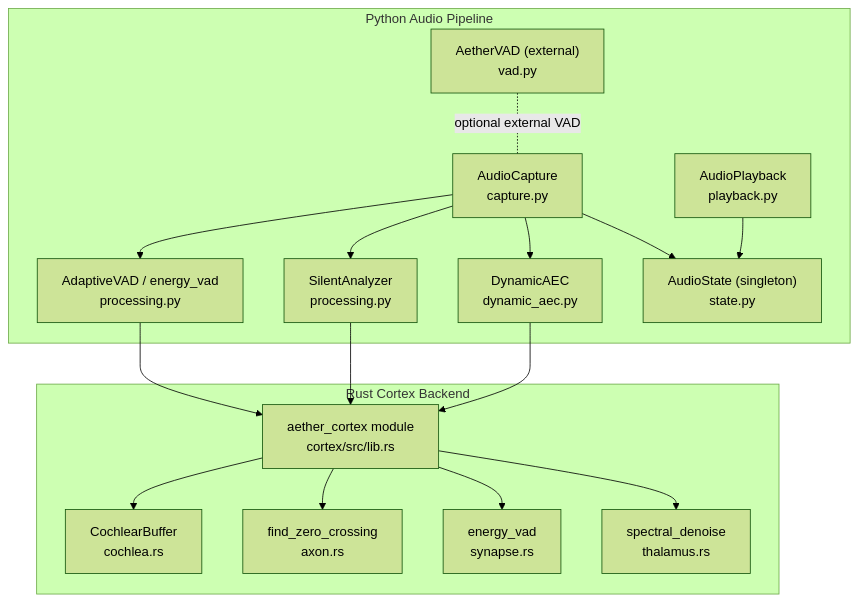
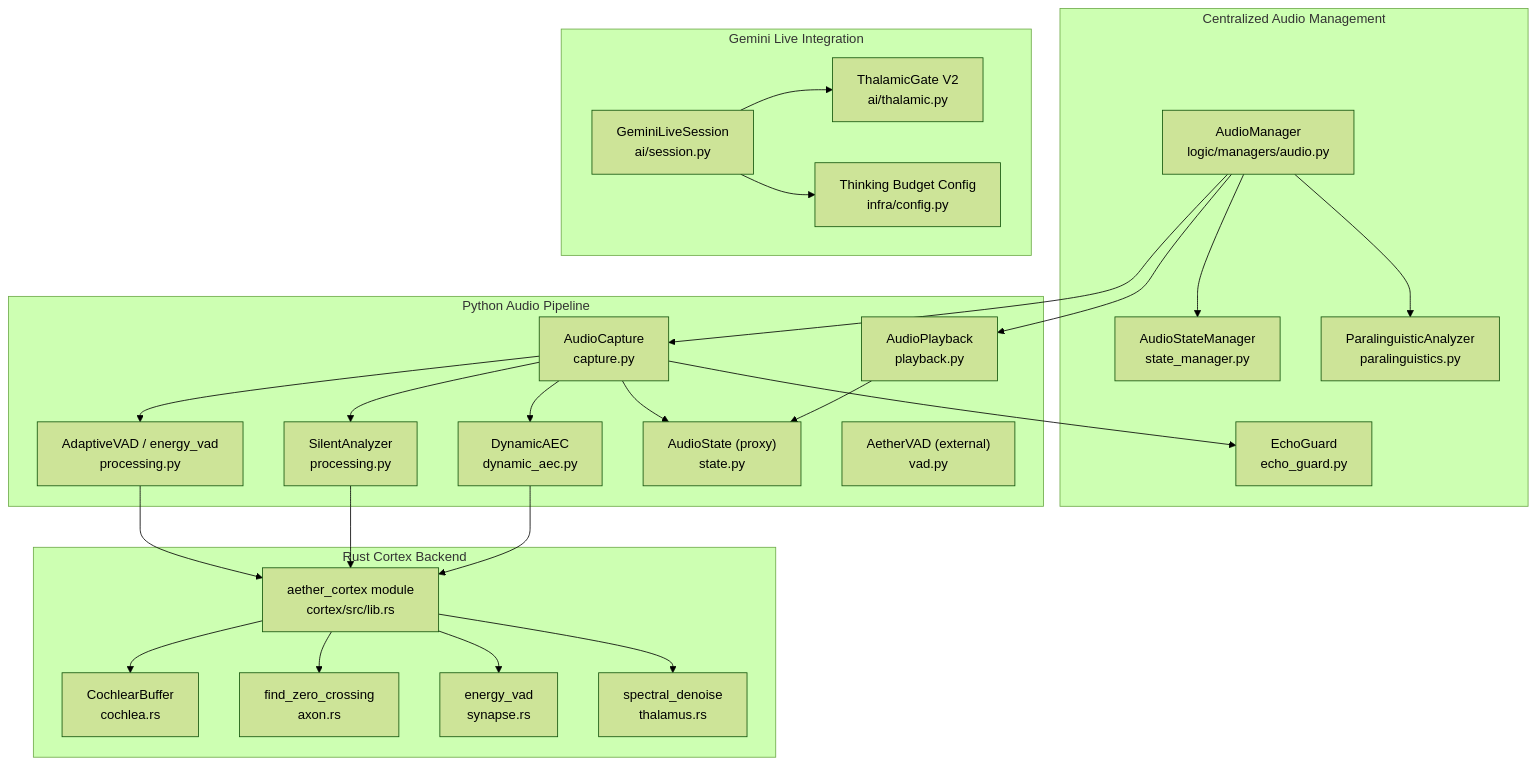
The first of 12 diagrams in .qoder/repowiki/en/content/Audio Processing System/Audio Processing System.md (Moeabdelaziz007/Aether-Voice-OS), drawn with Mermaid (forest theme) before and after one commit. The commit also changed other lines of this file and 29 other files, not shown here.

````diff
--- a/.qoder/repowiki/en/content/Audio Processing System/Audio Processing System.md
+++ b/.qoder/repowiki/en/content/Audio Processing System/Audio Processing System.md
@@ -44,32 +65,49 @@
 ```mermaid
 graph TB
+subgraph "Centralized Audio Management"
+AM["AudioManager<br/>logic/managers/audio.py"]
+ASM["AudioStateManager<br/>state_manager.py"]
+PA["ParalinguisticAnalyzer<br/>paralinguistics.py"]
+END["EchoGuard<br/>echo_guard.py"]
+end
 subgraph "Python Audio Pipeline"
 CAP["AudioCapture<br/>capture.py"]
 VAD["AdaptiveVAD / energy_vad<br/>processing.py"]
 SILENCE["SilentAnalyzer<br/>processing.py"]
 AEC["DynamicAEC<br/>dynamic_aec.py"]
-STATE["AudioState (singleton)<br/>state.py"]
+STATE["AudioState (proxy)<br/>state.py"]
 PLAY["AudioPlayback<br/>playback.py"]
 EVAD["AetherVAD (external)<br/>vad.py"]
+end
+subgraph "Gemini Live Integration"
+GLS["GeminiLiveSession<br/>ai/session.py"]
+TG["ThalamicGate V2<br/>ai/thalamic.py"]
+THINK["Thinking Budget Config<br/>infra/config.py"]
 end
 subgraph "Rust Cortex Backend"
 LIB["aether_cortex module<br/>cortex/src/lib.rs"]
 COCH["CochlearBuffer<br/>cochlea.rs"]
 AXON["find_zero_crossing<br/>axon.rs"]
 SYN["energy_vad<br/>synapse.rs"]
 THAL["spectral_denoise<br/>thalamus.rs"]
 end
+AM --> CAP
+AM --> PLAY
+AM --> ASM
+AM --> PA
 CAP --> VAD
 CAP --> SILENCE
 CAP --> AEC
 CAP --> STATE
+CAP --> END
 PLAY --> STATE
-EVAD -. "optional external VAD" .- CAP
+GLS --> TG
+GLS --> THINK
 VAD --> LIB
 SILENCE --> LIB
 AEC --> LIB
 LIB --> COCH
 LIB --> AXON
 LIB --> SYN
 LIB --> THAL
 ```
````
